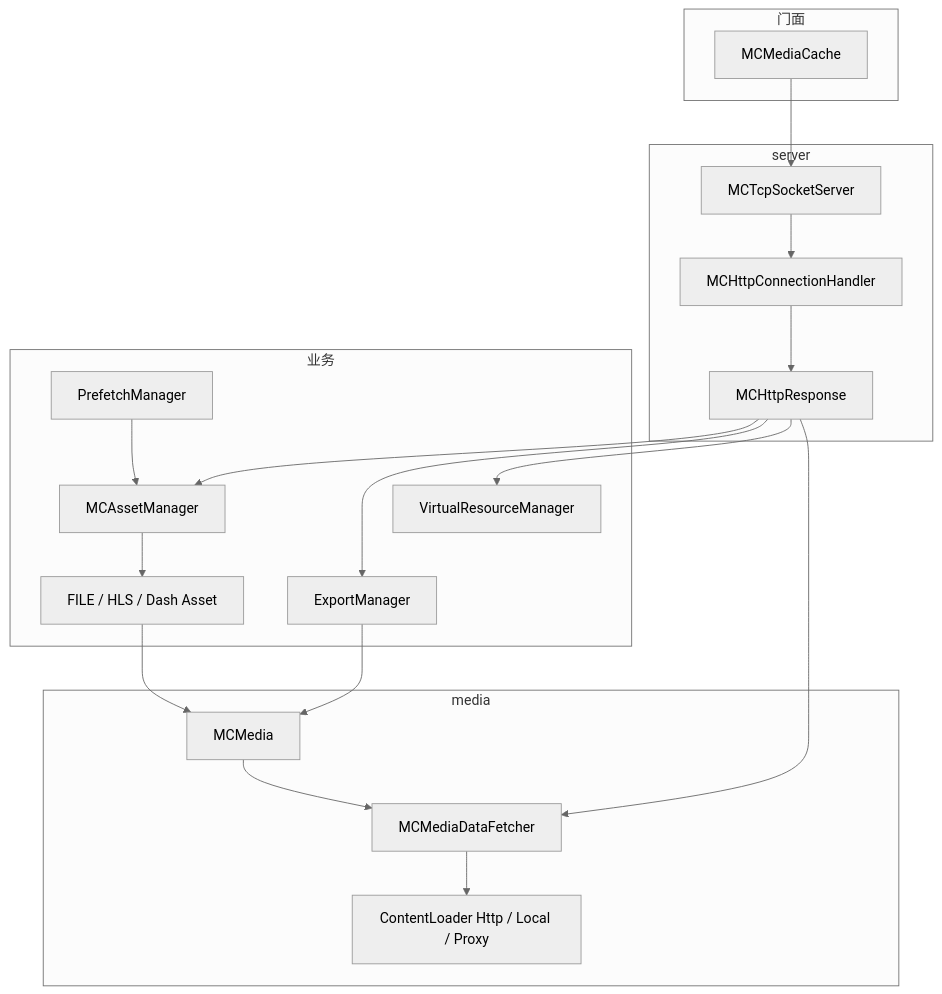
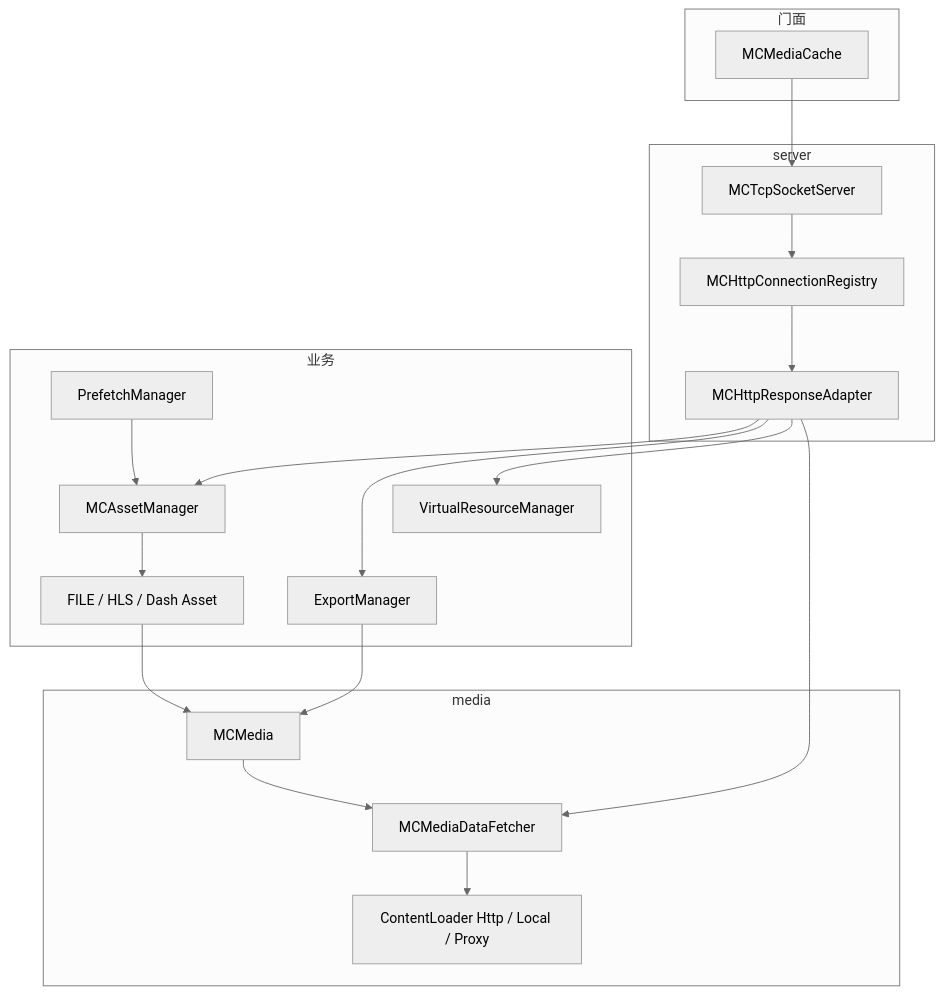
The first of 2 diagrams in docs/ARCHITECTURE.md (changsanjiang/media_cache_harmony_os), drawn with Mermaid (neutral theme) before and after one commit. The commit also changed other lines of this file and 31 other files, not shown here.

````diff
--- a/docs/ARCHITECTURE.md
+++ b/docs/ARCHITECTURE.md
@@ -17,34 +17,34 @@
 ```mermaid
 flowchart TB
   subgraph facade [门面]
     MC[MCMediaCache]
   end
   subgraph transport [server]
     TCP[MCTcpSocketServer]
-    Conn[MCHttpConnectionHandler]
-    Resp[MCHttpResponse]
+    Conn[MCHttpConnectionRegistry]
+    Resp[MCHttpResponseAdapter]
   end
   subgraph biz [业务]
     AM[MCAssetManager]
     FA[FILE / HLS / Dash Asset]
     PF[PrefetchManager]
     EX[ExportManager]
     VR[VirtualResourceManager]
   end
   subgraph data [media]
     Med[MCMedia]
     DF[MCMediaDataFetcher]
     CL[ContentLoader Http / Local / Proxy]
   end
 
   MC --> TCP
   TCP --> Conn --> Resp
   Resp --> AM
   Resp --> EX
   Resp --> VR
   AM --> FA --> Med
   Resp --> DF
   Med --> DF --> CL
   PF --> AM
   EX --> Med
 ```
````
